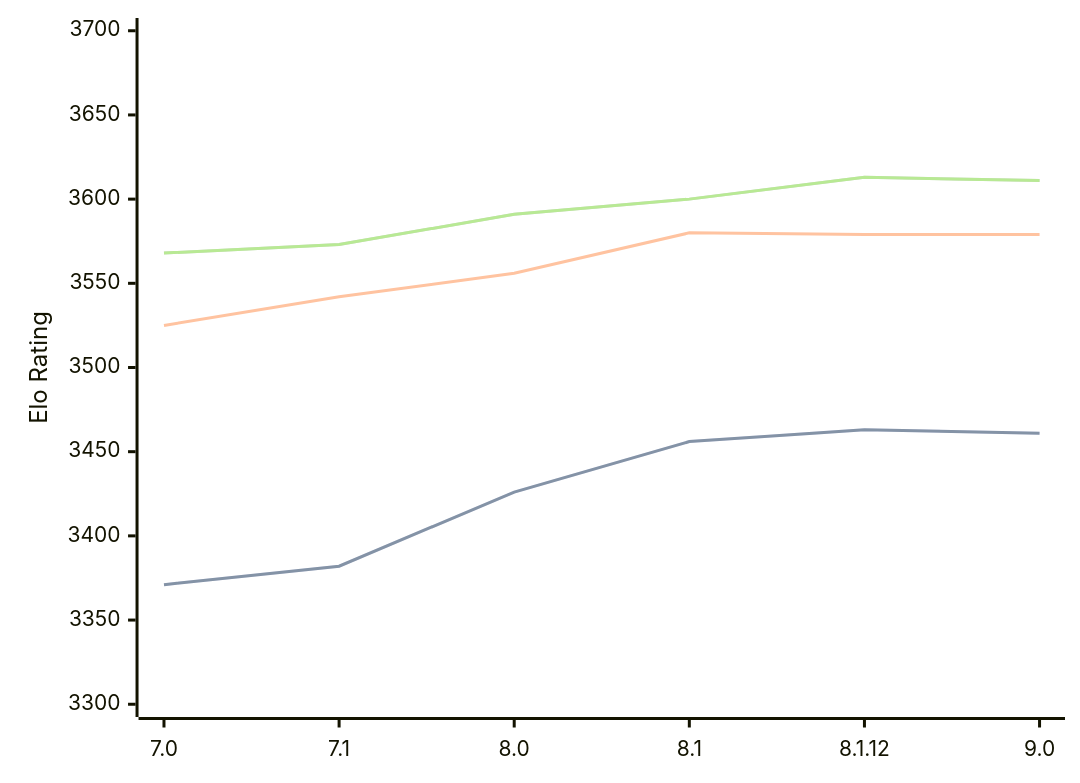
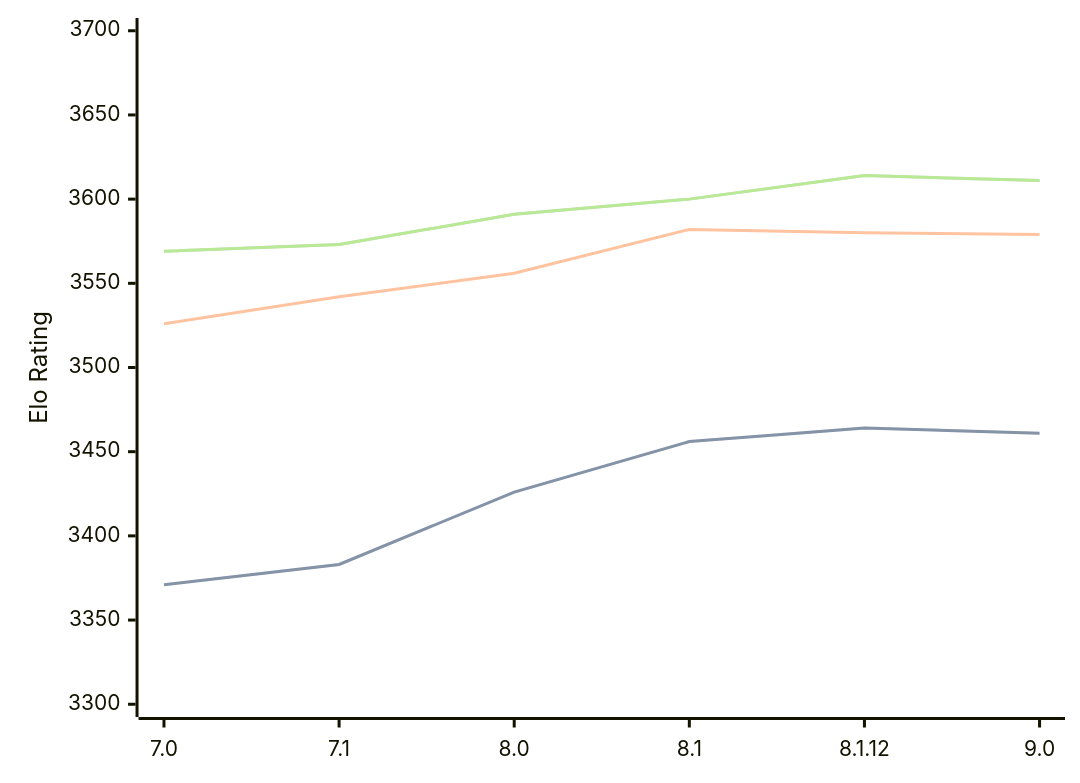
One commit to computer-chess-index/cci changed the diagram in engines/Alexandria.md. Above: the diagram before and after it, drawn with Mermaid. The commit also changed other lines of this file, not shown here.

Commit message:
Update CCI Ratings (ELO VLTC) - 2026-04-25

````diff
--- a/engines/Alexandria.md
+++ b/engines/Alexandria.md
@@ -55,11 +55,11 @@
 ```mermaid
 %%{init: {"theme":"base","themeVariables":{"seriesColors:['#a3a3a3','#222221','#faa371']}}}%%
 xychart-beta
   x-axis ["7.0", "7.1", "8.0", "8.1", "8.1.12", "9.0"]
   y-axis "Elo Rating" 3300 --> 3700
-  line "STC (8.0+0.08s)" [3371, 3382, 3426, 3456, 3463, 3461]
-  line "STC (8.0+0.08s)" [3371, 3382, 3426, 3456, 3463, 3461]
-  line "LTC (60.0+0.60s)" [3525, 3542, 3556, 3580, 3579, 3579]
-  line "VLTC (2m24s+1.12s)" [3568, 3573, 3591, 3600, 3613, 3611]
-  line "VLTC (2m24s+1.12s)" [3568, 3573, 3591, 3600, 3613, 3611]
+  line "STC (8.0+0.08s)" [3371, 3383, 3426, 3456, 3464, 3461]
+  line "STC (8.0+0.08s)" [3371, 3383, 3426, 3456, 3464, 3461]
+  line "LTC (60.0+0.60s)" [3526, 3542, 3556, 3582, 3580, 3579]
+  line "VLTC (2m24s+1.12s)" [3569, 3573, 3591, 3600, 3614, 3611]
+  line "VLTC (2m24s+1.12s)" [3569, 3573, 3591, 3600, 3614, 3611]
 ```
````
